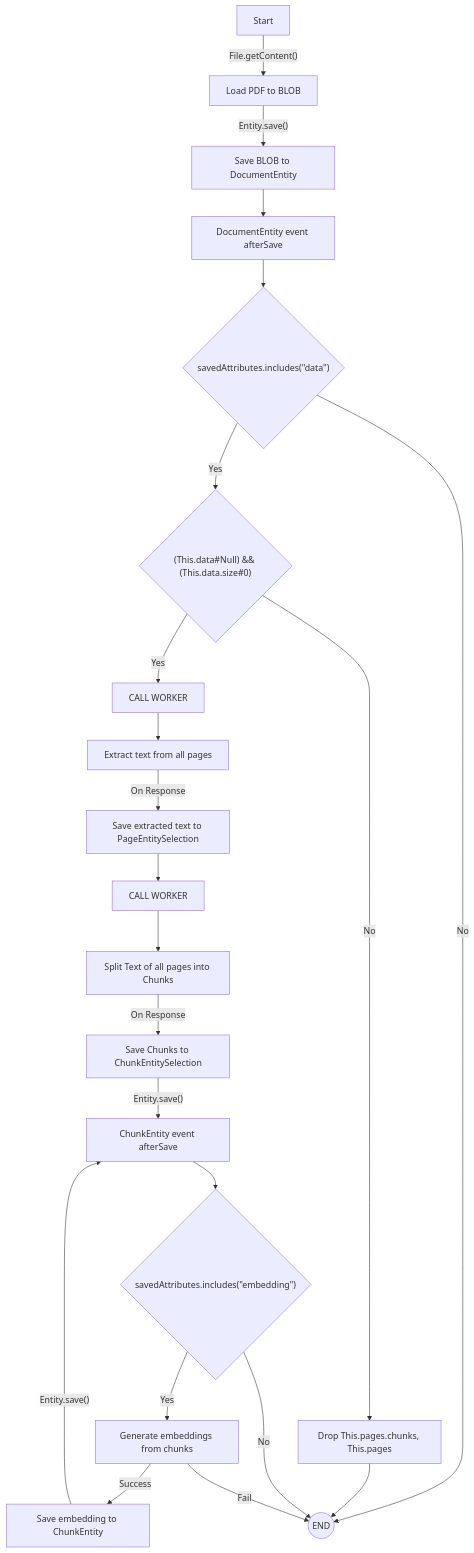
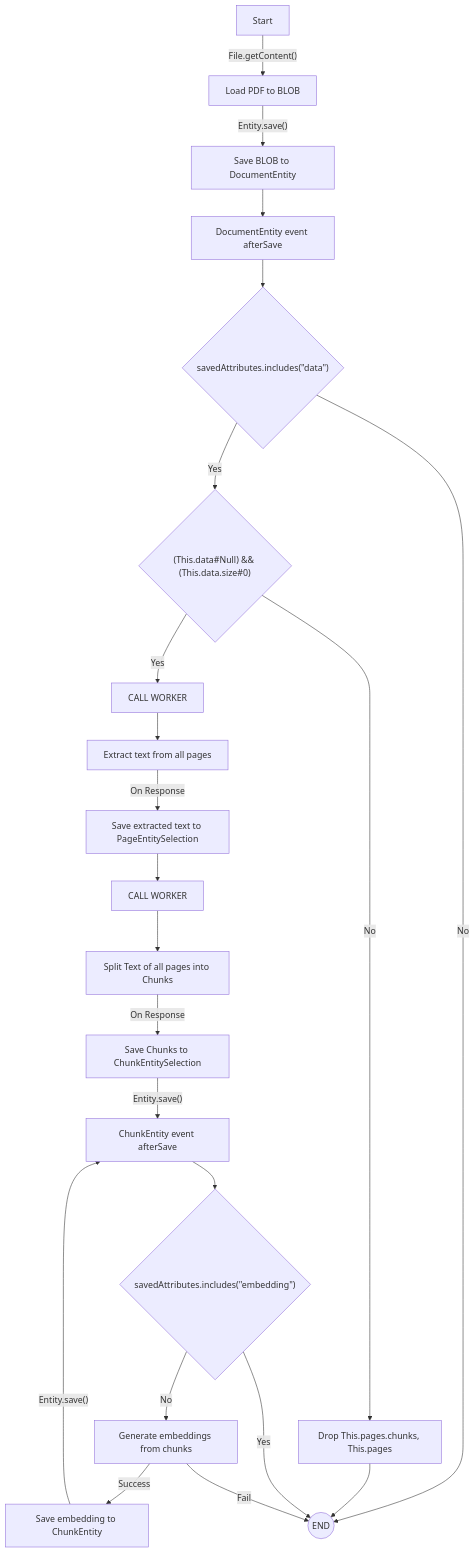
Before and after one commit to miyako/4d-example-pdf-chunking: the diagram in README.md, drawn with Mermaid.

````diff
--- a/README.md
+++ b/README.md
@@ -20,24 +20,24 @@
 ```mermaid
   graph TD;
   A[Start] --> |"File.getContent()"| B[Load PDF to BLOB];
   B --> |"Entity.save()"|C[Save BLOB to DocumentEntity];
   C --> C2[DocumentEntity event afterSave];
   C2 --> C3{"savedAttributes.includes(&quot;data&quot;)"};
   C3 -- Yes --> C4{"(This.data#Null) && (This.data.size#0)"};
   C3 -- No  --> Z((END));
   C4 -- Yes --> D[CALL WORKER];
   C4 -- No --> C5[Drop This.pages.chunks, This.pages];
   C5 --> Z[End];
   D --> E[Extract text from all pages];
   E --> |On Response| F[Save extracted text to PageEntitySelection];
   F --> F2[CALL WORKER];
   F2 --> G[Split Text of all pages into Chunks];
   G --> |On Response| H[Save Chunks to ChunkEntitySelection];
   H --> |"Entity.save()"| H2[ChunkEntity event afterSave];
   H2 --> H3{"savedAttributes.includes(&quot;embedding&quot;)"};
-  H3 -- Yes --> H4[Generate embeddings from chunks];
-  H3 -- No  --> Z((END));
+  H3 -- No --> H4[Generate embeddings from chunks];
+  H3 -- Yes --> Z((END));
   H4 -- Success --> K[Save embedding to ChunkEntity];
   H4 -- Fail --> Z((END));
   K --> |"Entity.save()"| H2[ChunkEntity event afterSave];
 ```
````
